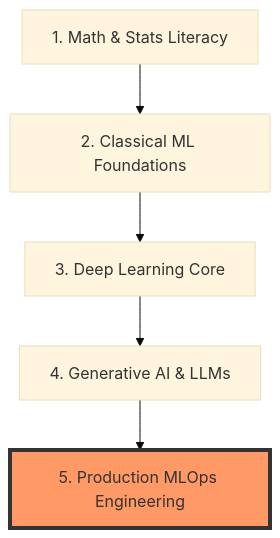
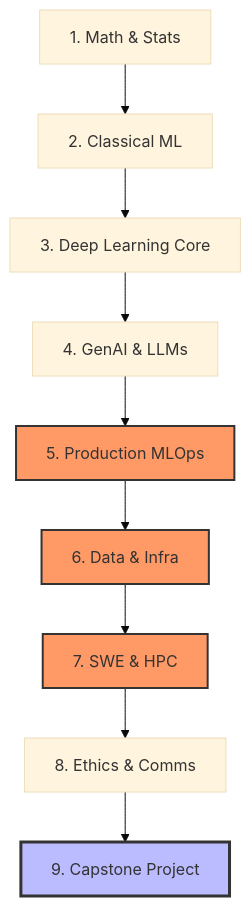
Before and after one commit to preciousanas/study-notes: the diagram in README.md, drawn with Mermaid (base theme). The commit also changed other lines of this file, not shown here.

First line of the commit message:
Revise README for updated roadmap and project structure

````diff
--- a/README.md
+++ b/README.md
@@ -13,9 +11,16 @@
 ```mermaid
 graph TD
-    M1[1. Math & Stats Literacy] --> M2[2. Classical ML Foundations]
+    M1[1. Math & Stats] --> M2[2. Classical ML]
     M2 --> M3[3. Deep Learning Core]
-    M3 --> M4[4. Generative AI & LLMs]
-    M4 --> M5[5. Production MLOps Engineering]
+    M3 --> M4[4. GenAI & LLMs]
+    M4 --> M5[5. Production MLOps]
+    M5 --> M6[6. Data & Infra]
+    M6 --> M7[7. SWE & HPC]
+    M7 --> M8[8. Ethics & Comms]
+    M8 --> M9[9. Capstone Project]
     
-    style M5 fill:#f96,stroke:#333,stroke-width:4px
+    style M5 fill:#f96,stroke:#333,stroke-width:2px
+    style M6 fill:#f96,stroke:#333,stroke-width:2px
+    style M7 fill:#f96,stroke:#333,stroke-width:2px
+    style M9 fill:#bbf,stroke:#333,stroke-width:3px
 ```
````
